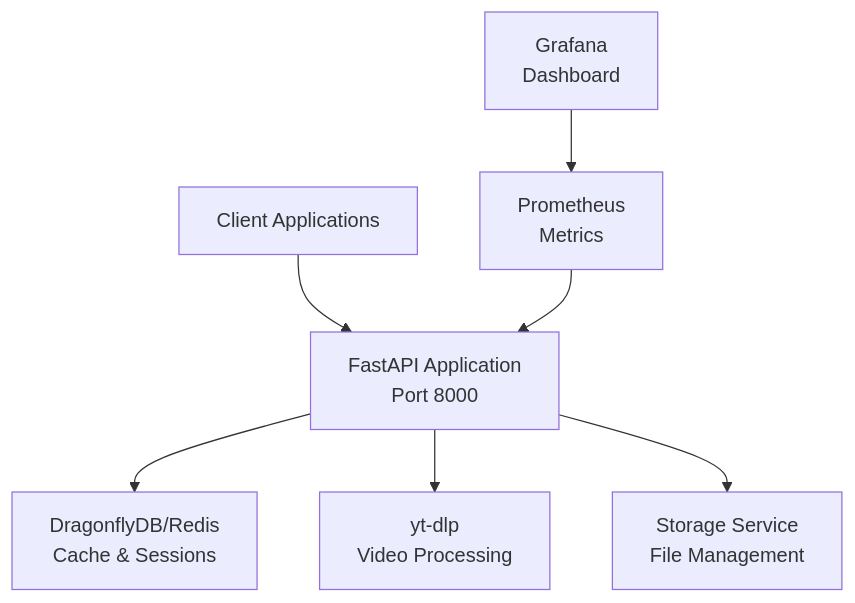
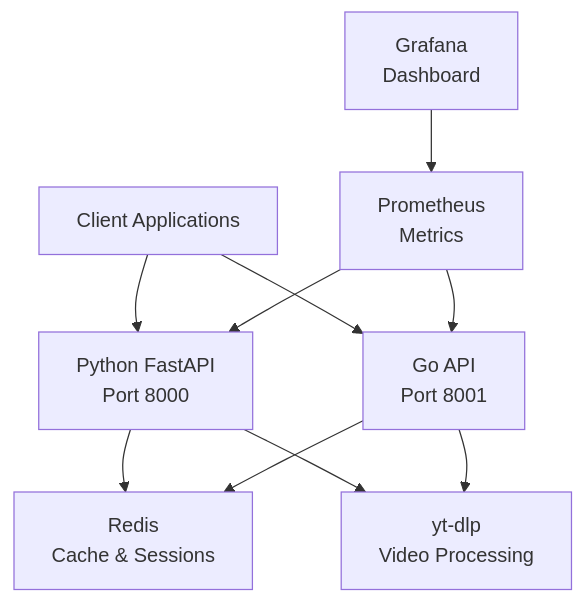
The diagram in README.md (mythic3011/YouTuberBilBiliHelper), drawn with Mermaid before and after one commit. The commit also changed other lines of this file and 15 other files, not shown here.

````diff
--- a/README.md
+++ b/README.md
@@ -54,9 +84,12 @@
 ```mermaid
 graph TB
-    A[Client Applications] --> B[FastAPI Application<br/>Port 8000]
-    B --> C[DragonflyDB/Redis<br/>Cache & Sessions]
-    B --> D[yt-dlp<br/>Video Processing]
-    B --> E[Storage Service<br/>File Management]
+    A[Client Applications] --> B[Python FastAPI<br/>Port 8000]
+    A --> C[Go API<br/>Port 8001]
+    B --> D[Redis<br/>Cache & Sessions]
+    C --> D
+    B --> E[yt-dlp<br/>Video Processing]
+    C --> E
     F[Prometheus<br/>Metrics] --> B
+    F --> C
     G[Grafana<br/>Dashboard] --> F
 ```
````
